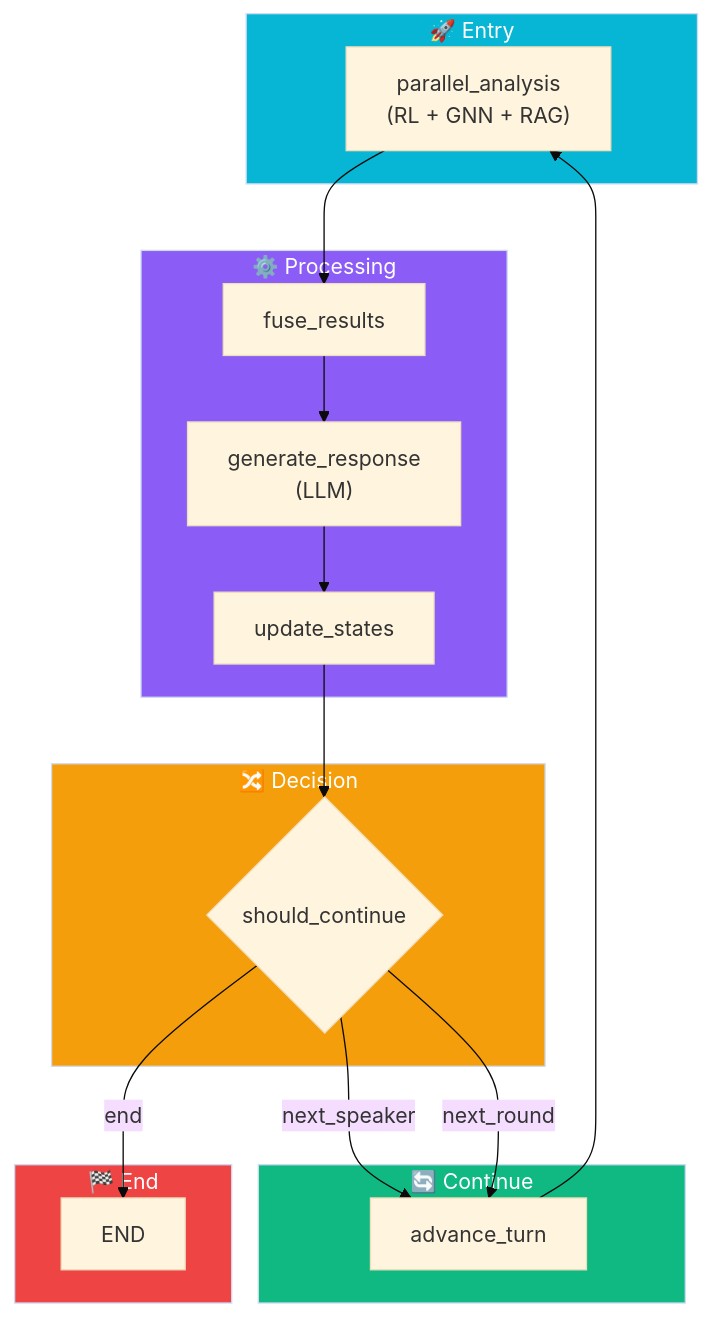
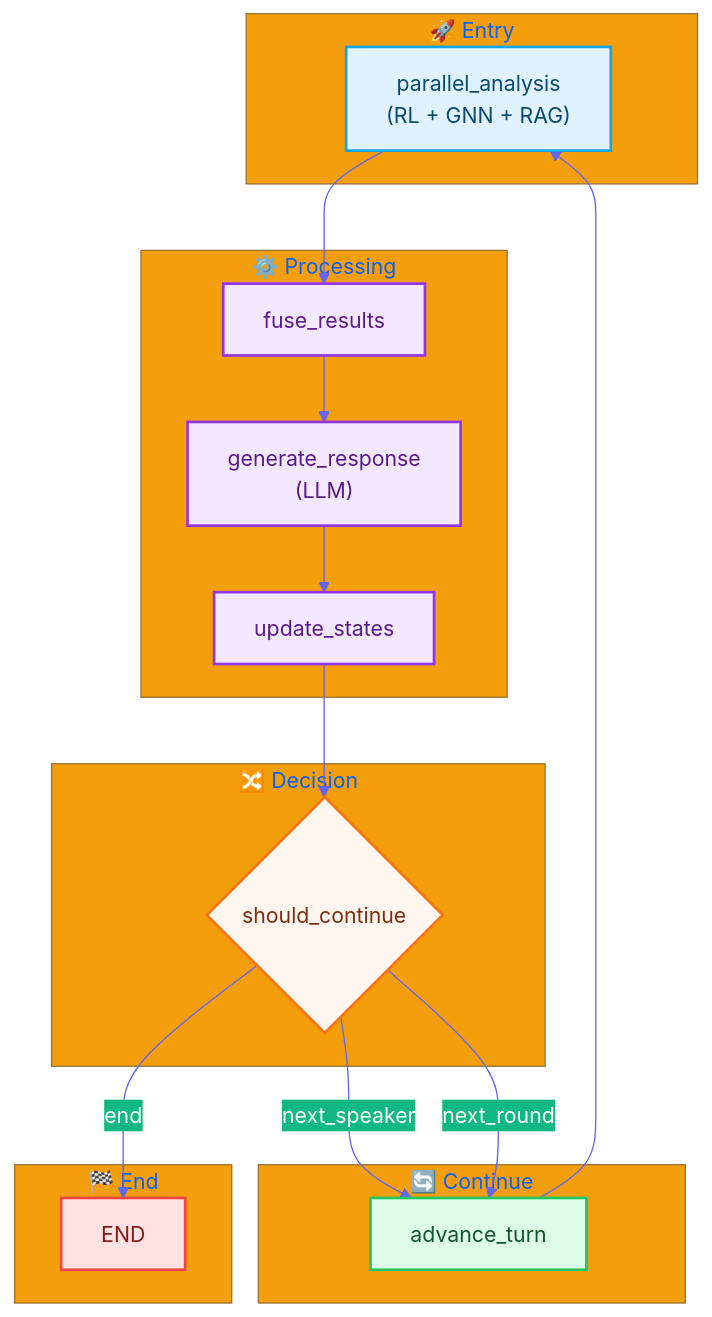
Before and after one commit to AluminumShark/Social-Debate-AI: the first of 4 diagrams in docs/architecture/LANGGRAPH.md, drawn with Mermaid. The commit also changed other lines of this file and 5 other files, not shown here.

Commit message:
style(docs): apply consistent bright Mermaid theme to all documentation diagrams

````diff
--- a/docs/architecture/LANGGRAPH.md
+++ b/docs/architecture/LANGGRAPH.md
@@ -28,37 +28,38 @@
 ```mermaid
-%%{init: {'theme': 'base'}}%%
+%%{init: {'theme': 'base', 'themeVariables': { 'primaryColor': '#4f46e5', 'primaryTextColor': '#fff', 'primaryBorderColor': '#4338ca', 'lineColor': '#6366f1', 'secondaryColor': '#10b981', 'tertiaryColor': '#f59e0b'}}}%%
 flowchart TB
+    %% Styles
+    classDef entry fill:#e0f2fe,stroke:#0ea5e9,stroke-width:2px,color:#0c4a6e;
+    classDef process fill:#f3e8ff,stroke:#9333ea,stroke-width:2px,color:#581c87;
+    classDef decision fill:#fff7ed,stroke:#f97316,stroke-width:2px,color:#7c2d12;
+    classDef continue fill:#dcfce7,stroke:#22c55e,stroke-width:2px,color:#14532d;
+    classDef endNode fill:#fee2e2,stroke:#ef4444,stroke-width:2px,color:#7f1d1d;
+
     subgraph Entry["🚀 Entry"]
-        PA["parallel_analysis<br/>(RL + GNN + RAG)"]
+        PA["parallel_analysis<br/>(RL + GNN + RAG)"]:::entry
     end
 
     subgraph Process["⚙️ Processing"]
-        FR["fuse_results"]
-        GR["generate_response<br/>(LLM)"]
-        US["update_states"]
+        FR["fuse_results"]:::process
+        GR["generate_response<br/>(LLM)"]:::process
+        US["update_states"]:::process
     end
 
     subgraph Decision["🔀 Decision"]
-        SC{"should_continue"}
+        SC{"should_continue"}:::decision
     end
 
     subgraph Continue["🔄 Continue"]
-        AT["advance_turn"]
+        AT["advance_turn"]:::continue
     end
 
     subgraph End["🏁 End"]
-        E["END"]
+        E["END"]:::endNode
     end
 
     PA --> FR --> GR --> US --> SC
     SC -->|next_speaker| AT
     SC -->|next_round| AT
     SC -->|end| E
     AT --> PA
-
-    style Entry fill:#06b6d4,color:#fff
-    style Process fill:#8b5cf6,color:#fff
-    style Decision fill:#f59e0b,color:#fff
-    style Continue fill:#10b981,color:#fff
-    style End fill:#ef4444,color:#fff
 ```
````
